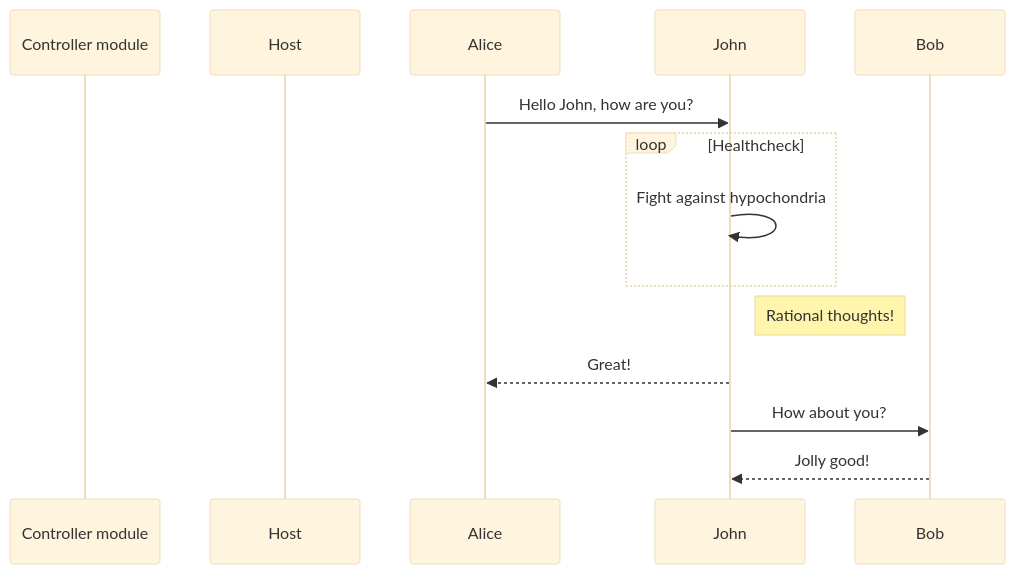
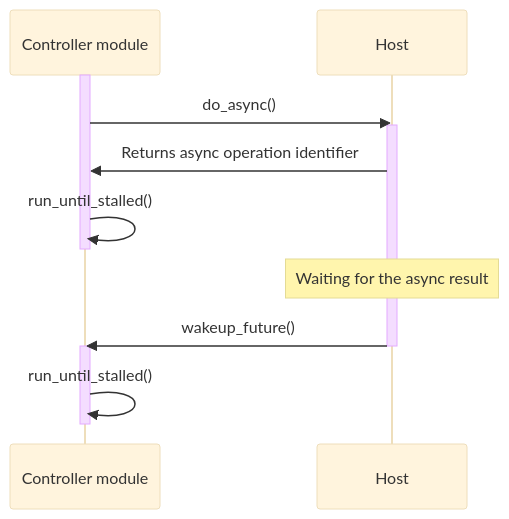
The diagram in source/_posts/2020-10-08-Kubernetes-controllers-The-Empire-Strikes-Back.md (slinkydeveloper/slinkydeveloper.github.io), drawn with Mermaid (base theme) before and after one commit. The commit also changed other lines of this file and 1 other file, not shown here.

```diff
--- a/source/_posts/2020-10-08-Kubernetes-controllers-The-Empire-Strikes-Back.md
+++ b/source/_posts/2020-10-08-Kubernetes-controllers-The-Empire-Strikes-Back.md
@@ -248,12 +230,17 @@
 {% mermaid sequenceDiagram %}
 participant C as Controller module
 participant H as Host
-Alice->>John: Hello John, how are you?
-loop Healthcheck
-    John->>John: Fight against hypochondria
-end
-Note right of John: Rational thoughts!
-John-->>Alice: Great!
-John->>Bob: How about you?
-Bob-->>John: Jolly good!
+
+activate C
+C ->> H: do_async()
+activate H
+H ->> C: Returns async operation identifier
+C ->> C: run_until_stalled()
+deactivate C
+Note over H: Waiting for the async result
+H ->> C: wakeup_future()
+deactivate H
+activate C
+C ->> C: run_until_stalled()
+deactivate C
 {% endmermaid %}
```
